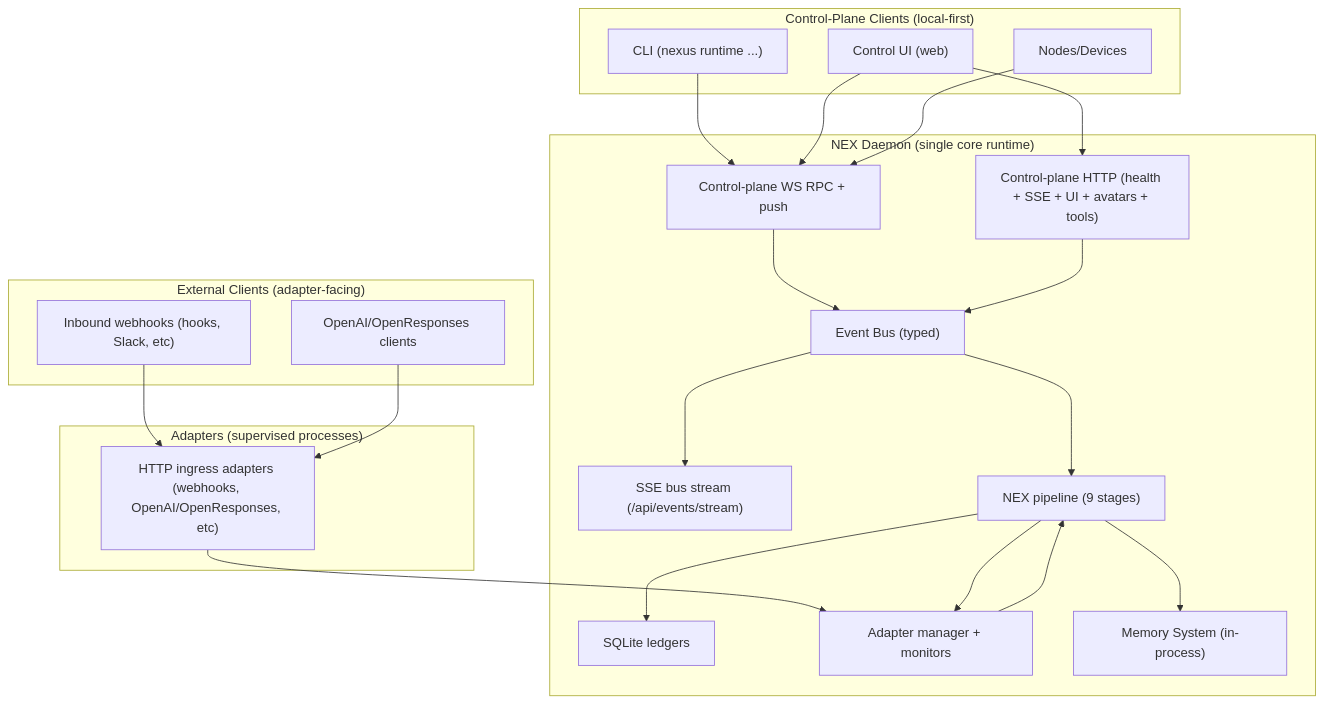
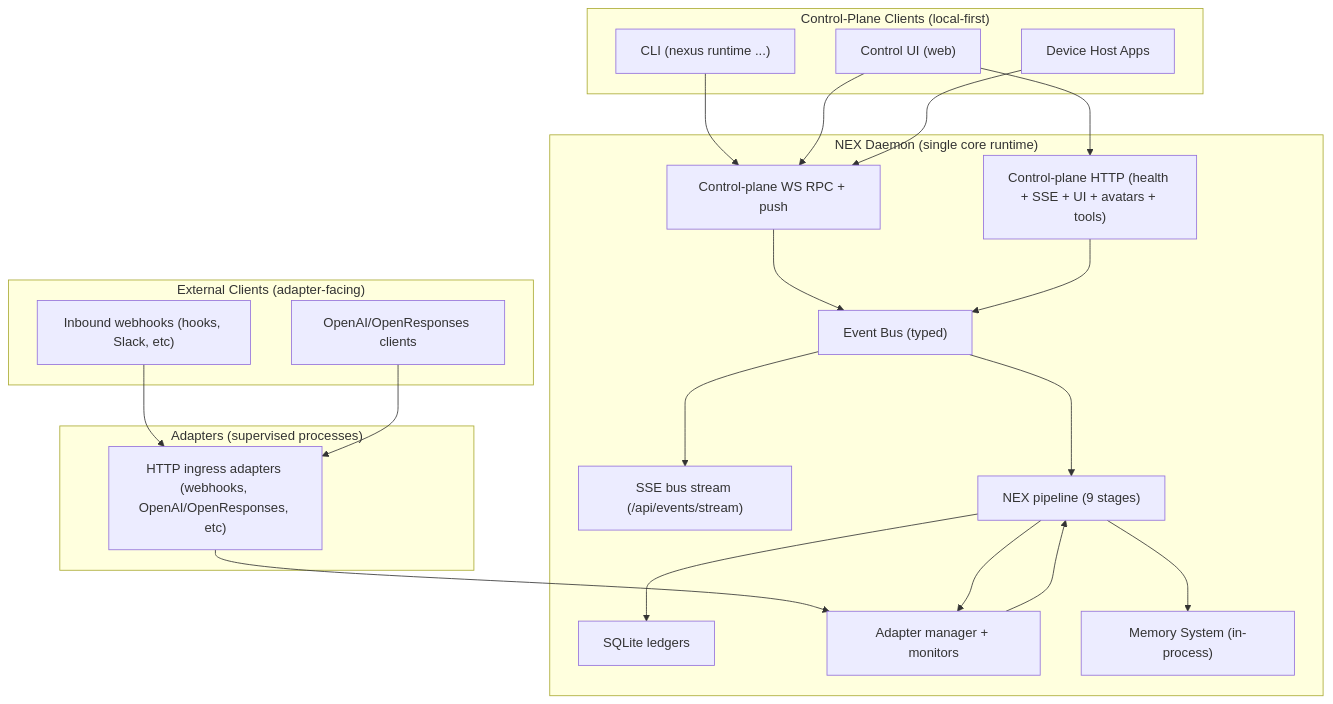
Before and after one commit to Napageneral/nexus-monorepo: the diagram in nexus-specs/specs/nex/ingress/CONTROL_PLANE.md, drawn with Mermaid. The commit also changed other lines of this file and 133 other files, not shown here.

````diff
--- a/nexus-specs/specs/nex/ingress/CONTROL_PLANE.md
+++ b/nexus-specs/specs/nex/ingress/CONTROL_PLANE.md
@@ -67,46 +67,46 @@
 ```mermaid
 graph TB
   subgraph "Control-Plane Clients (local-first)"
     CLI["CLI (nexus runtime ...)"]
     UI["Control UI (web)"]
-    Nodes["Nodes/Devices"]
+    DeviceHosts["Device Host Apps"]
   end
 
   subgraph "External Clients (adapter-facing)"
     Webhooks["Inbound webhooks (hooks, Slack, etc)"]
     API["OpenAI/OpenResponses clients"]
   end
 
   subgraph "Adapters (supervised processes)"
     Ingress["HTTP ingress adapters (webhooks, OpenAI/OpenResponses, etc)"]
   end
 
   subgraph "NEX Daemon (single core runtime)"
     CPWS["Control-plane WS RPC + push"]
     CPHTTP["Control-plane HTTP (health + SSE + UI + avatars + tools)"]
     SSE["SSE bus stream (/api/events/stream)"]
     Bus["Event Bus (typed)"]
     Pipe["NEX pipeline (9 stages)"]
     Ledgers["SQLite ledgers"]
     AdapterMgr["Adapter manager + monitors"]
     Memory["Memory System (in-process)"]
   end
 
   CLI --> CPWS
   UI --> CPWS
-  Nodes --> CPWS
+  DeviceHosts --> CPWS
   UI --> CPHTTP
 
   Webhooks --> Ingress
   API --> Ingress
   Ingress --> AdapterMgr
 
   CPWS --> Bus
   CPHTTP --> Bus
   Bus --> SSE
   Bus --> Pipe
   AdapterMgr --> Pipe
   Pipe --> Ledgers
   Pipe --> AdapterMgr
   Pipe --> Memory
 ```
````
